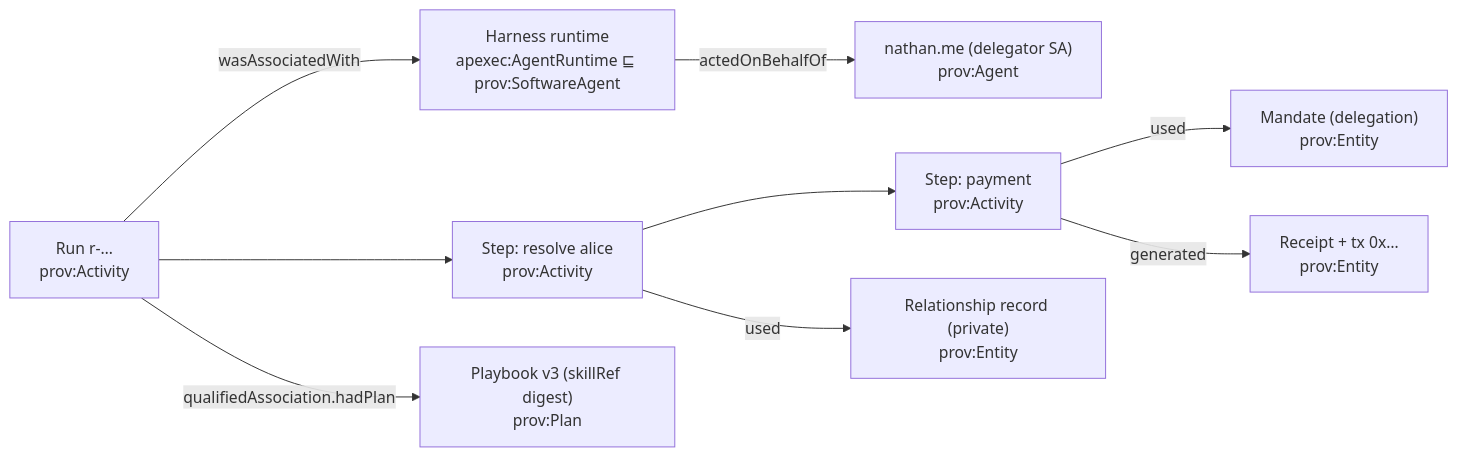
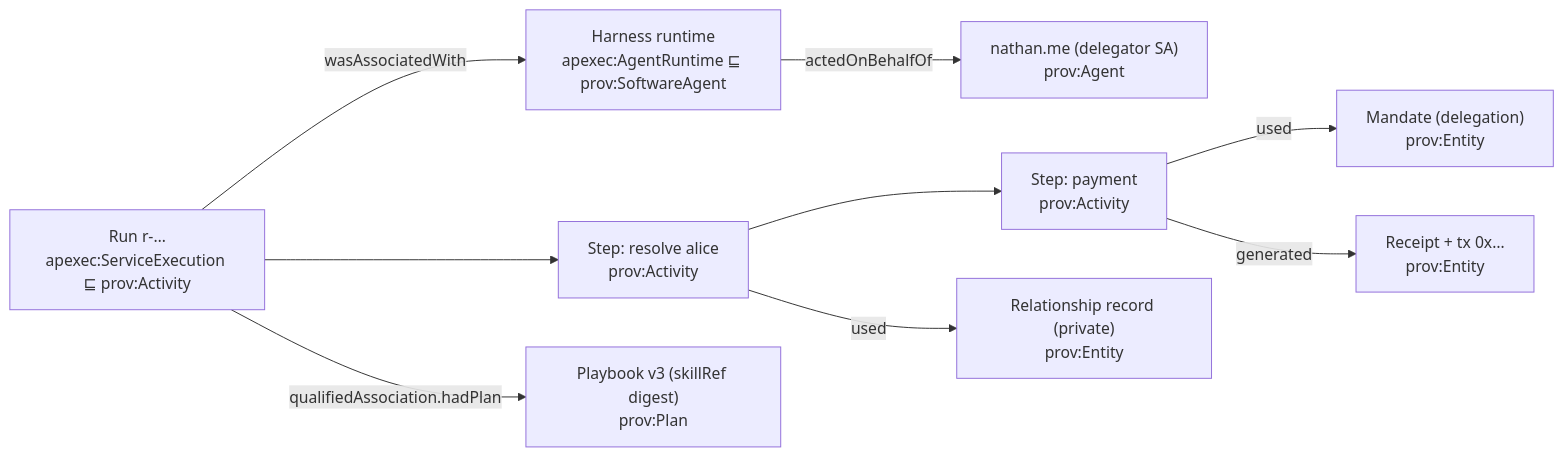
Before and after one commit to agentictrustlabs/ap-home: the diagram in docs/architecture/harness-feature-priorities.md, drawn with Mermaid. The commit also changed other lines of this file, not shown here.

First line of the commit message:
harness-feature-priorities re-audited 2026-09-09 evening: the defensible position (five claims with falsifiers), the provenance audit (PROV-shaped, not PROV — §4.3), P0 provenance unification cut as Tier 0; 388 W3 + the third provider noted

````diff
--- a/docs/architecture/harness-feature-priorities.md
+++ b/docs/architecture/harness-feature-priorities.md
@@ -171,19 +177,19 @@
 ```mermaid
 graph LR
     D["nathan.me (delegator SA)\nprov:Agent"]
     R["Harness runtime\napexec:AgentRuntime ⊑ prov:SoftwareAgent"]
-    RUN["Run r-…\nprov:Activity"]
+    RUN["Run r-…\napexec:ServiceExecution ⊑ prov:Activity"]
     S1["Step: resolve alice\nprov:Activity"]
     S2["Step: payment\nprov:Activity"]
     M["Mandate (delegation)\nprov:Entity"]
     PB["Playbook v3 (skillRef digest)\nprov:Plan"]
     CTX["Relationship record (private)\nprov:Entity"]
     RC["Receipt + tx 0x…\nprov:Entity"]
     R -- actedOnBehalfOf --> D
     RUN -- wasAssociatedWith --> R
     RUN -- "qualifiedAssociation.hadPlan" --> PB
     RUN --> S1 --> S2
     S1 -- used --> CTX
     S2 -- used --> M
     S2 -- generated --> RC
 ```
````
